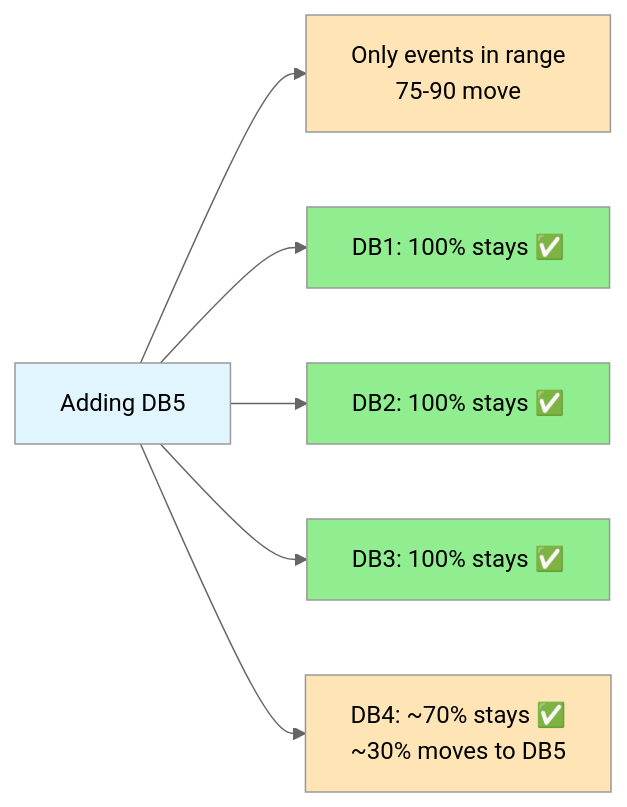
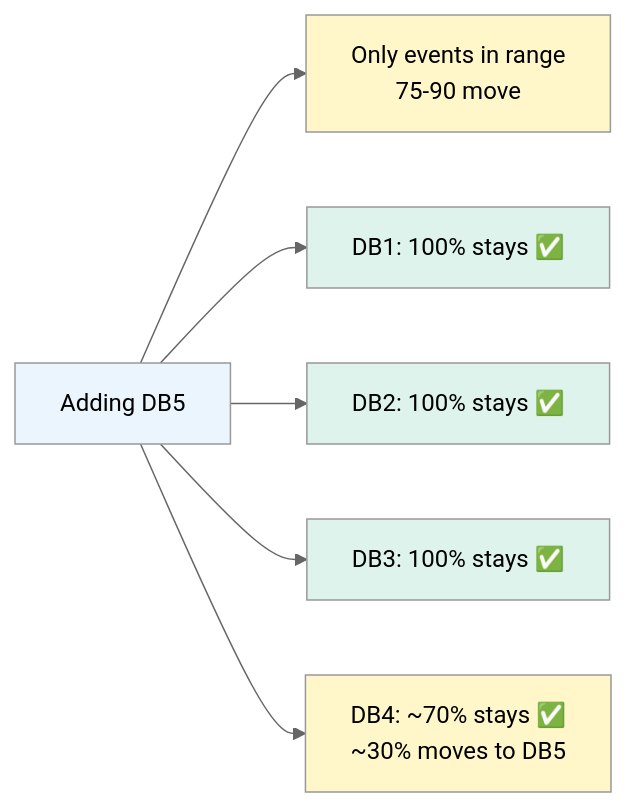
One commit to cartmancodes/InterviewVault changed diagram 15 of 34 in LLD/CoreConcepts/ConsistentHashing.md. Above: the diagram before and after it, drawn with Mermaid (neutral theme). The commit also changed other lines of this file and 679 other files, not shown here.

Commit message:
Unify content diagrams and add accessible visual walkthroughs

````diff
--- a/LLD/CoreConcepts/ConsistentHashing.md
+++ b/LLD/CoreConcepts/ConsistentHashing.md
@@ -389,17 +389,17 @@
 ```mermaid
 graph LR
     IMPACT[Adding DB5]
     
     IMPACT --> MOVE[Only events in range<br/>75-90 move]
     IMPACT --> STAY1[DB1: 100% stays ✅]
     IMPACT --> STAY2[DB2: 100% stays ✅]
     IMPACT --> STAY3[DB3: 100% stays ✅]
     IMPACT --> PARTIAL[DB4: ~70% stays ✅<br/>~30% moves to DB5]
     
-    style IMPACT fill:#e1f5ff
-    style MOVE fill:#FFE4B5
-    style STAY1 fill:#90EE90
-    style STAY2 fill:#90EE90
-    style STAY3 fill:#90EE90
-    style PARTIAL fill:#FFE4B5
+    style IMPACT fill:#EAF5FD
+    style MOVE fill:#FFF6C9
+    style STAY1 fill:#DDF3EC
+    style STAY2 fill:#DDF3EC
+    style STAY3 fill:#DDF3EC
+    style PARTIAL fill:#FFF6C9
 ```
````
